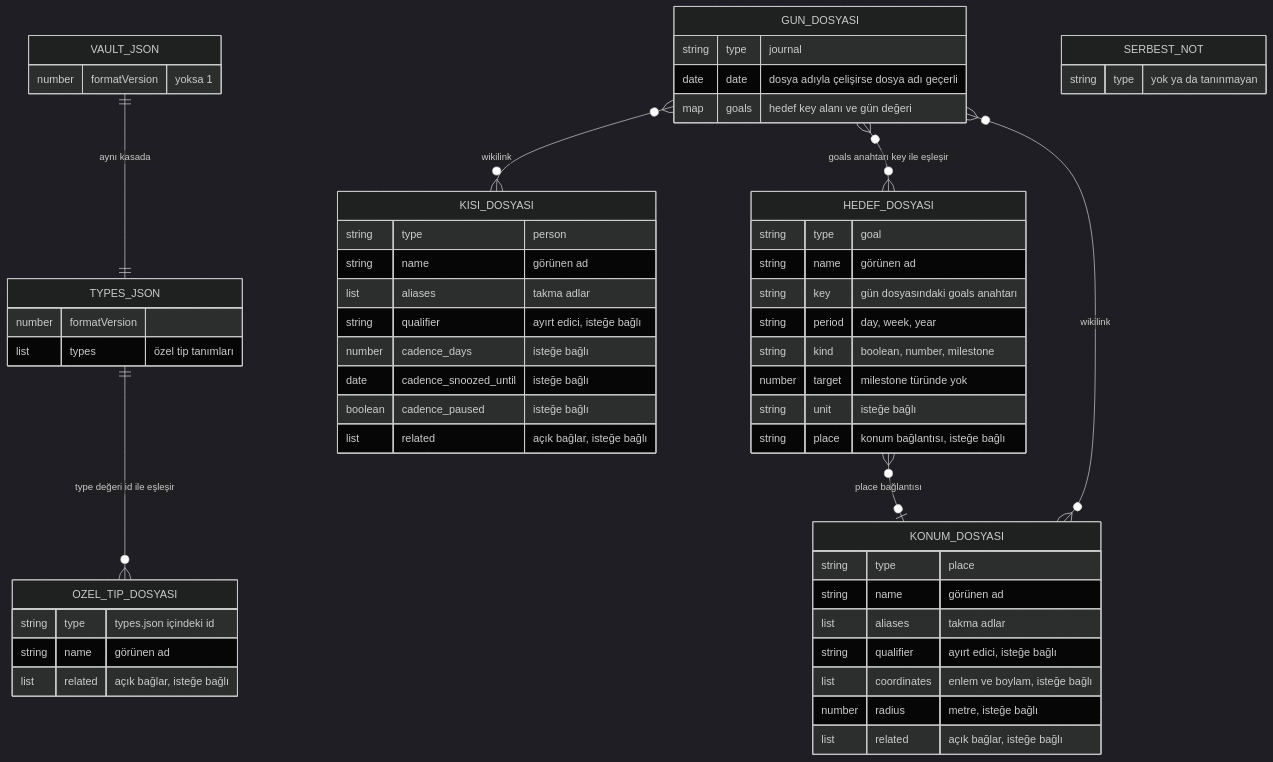
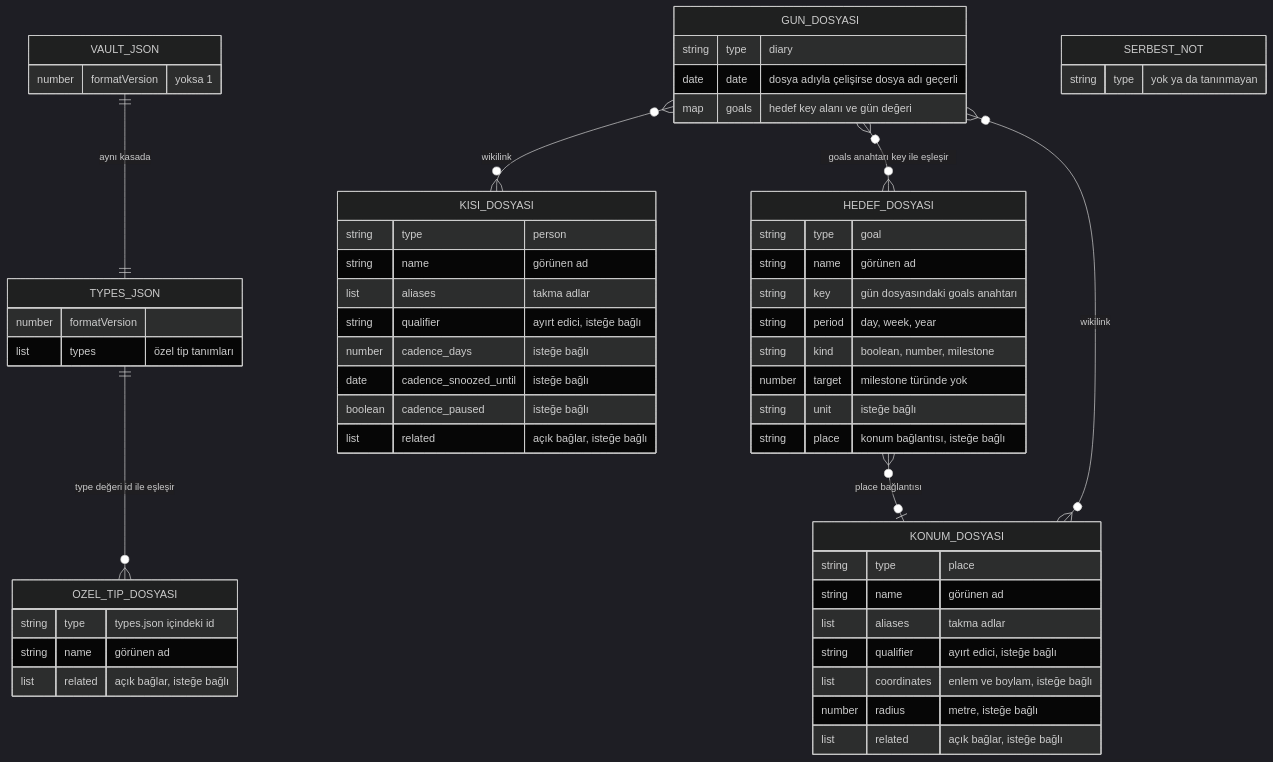
The sixth of 23 diagrams in docs/vault-format.md (dogancanyildiz/kenet), drawn with Mermaid (dark theme) before and after one commit. The commit also changed other lines of this file and 1289 other files, not shown here.

First line of the commit message:
chore: Journal adı kalkar; Günlük Diary, kasa diary/ (#400)

````diff
--- a/docs/vault-format.md
+++ b/docs/vault-format.md
@@ -284,58 +286,58 @@
 ```mermaid
 erDiagram
   VAULT_JSON {
     number formatVersion "yoksa 1"
   }
   TYPES_JSON {
     number formatVersion
     list types "özel tip tanımları"
   }
   GUN_DOSYASI {
-    string type "journal"
+    string type "diary"
     date date "dosya adıyla çelişirse dosya adı geçerli"
     map goals "hedef key alanı ve gün değeri"
   }
   KISI_DOSYASI {
     string type "person"
     string name "görünen ad"
     list aliases "takma adlar"
     string qualifier "ayırt edici, isteğe bağlı"
     number cadence_days "isteğe bağlı"
     date cadence_snoozed_until "isteğe bağlı"
     boolean cadence_paused "isteğe bağlı"
     list related "açık bağlar, isteğe bağlı"
   }
   KONUM_DOSYASI {
     string type "place"
     string name "görünen ad"
     list aliases "takma adlar"
     string qualifier "ayırt edici, isteğe bağlı"
     list coordinates "enlem ve boylam, isteğe bağlı"
     number radius "metre, isteğe bağlı"
     list related "açık bağlar, isteğe bağlı"
   }
   HEDEF_DOSYASI {
     string type "goal"
     string name "görünen ad"
     string key "gün dosyasındaki goals anahtarı"
     string period "day, week, year"
     string kind "boolean, number, milestone"
     number target "milestone türünde yok"
     string unit "isteğe bağlı"
     string place "konum bağlantısı, isteğe bağlı"
   }
   OZEL_TIP_DOSYASI {
     string type "types.json içindeki id"
     string name "görünen ad"
     list related "açık bağlar, isteğe bağlı"
   }
   SERBEST_NOT {
     string type "yok ya da tanınmayan"
   }
   GUN_DOSYASI }o--o{ HEDEF_DOSYASI : "goals anahtarı key ile eşleşir"
   HEDEF_DOSYASI }o--o| KONUM_DOSYASI : "place bağlantısı"
   GUN_DOSYASI }o--o{ KISI_DOSYASI : "wikilink"
   GUN_DOSYASI }o--o{ KONUM_DOSYASI : "wikilink"
   TYPES_JSON ||--o{ OZEL_TIP_DOSYASI : "type değeri id ile eşleşir"
   VAULT_JSON ||--|| TYPES_JSON : "aynı kasada"
 ```
````
